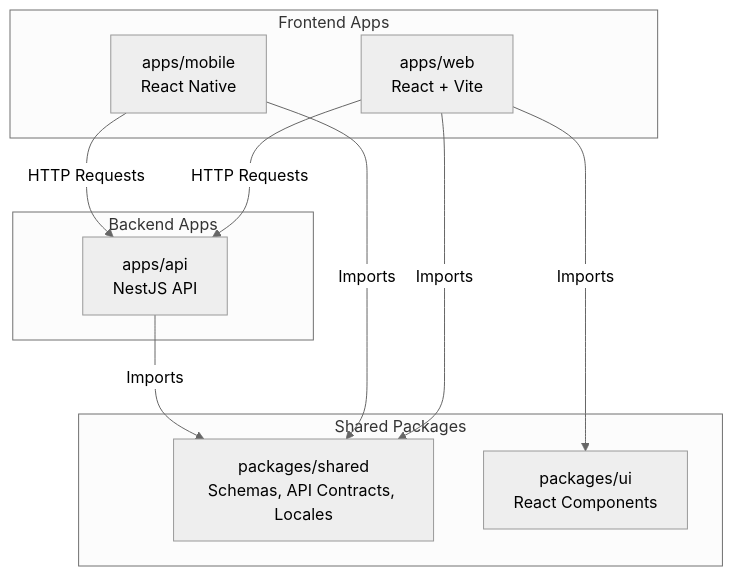
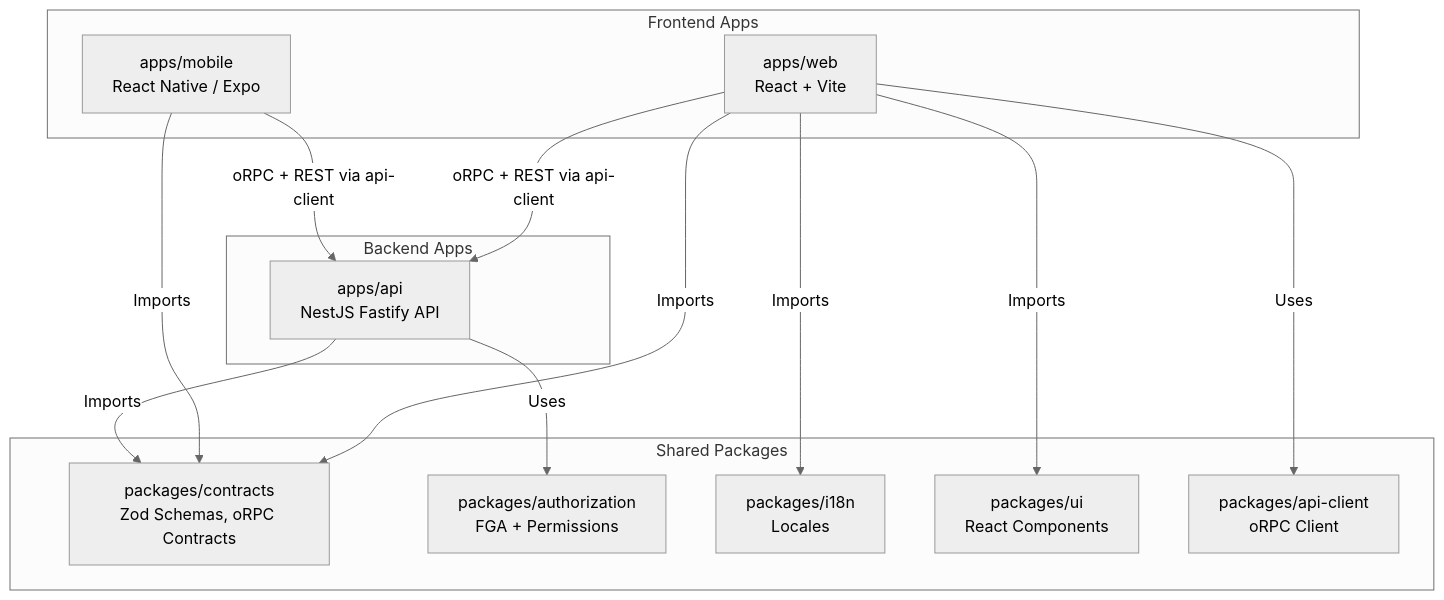
The first of 2 diagrams in ARCHITECTURE_DEEP_DIVE.md (ihssmaheel-dev/modular-monolith-architecture), drawn with Mermaid (neutral theme) before and after one commit. The commit also changed other lines of this file and 13 other files, not shown here.

First line of the commit message:
fix(architecture): harden tenancy isolation, validation and quality gates

````diff
--- a/ARCHITECTURE_DEEP_DIVE.md
+++ b/ARCHITECTURE_DEEP_DIVE.md
@@ -16,24 +16,30 @@
 ```mermaid
 graph TD
     subgraph Frontend Apps
         W[apps/web<br>React + Vite]
-        M[apps/mobile<br>React Native]
+        M[apps/mobile<br>React Native / Expo]
     end
 
     subgraph Backend Apps
-        A[apps/api<br>NestJS API]
+        A[apps/api<br>NestJS Fastify API]
     end
 
     subgraph Shared Packages
-        S[packages/shared<br>Schemas, API Contracts, Locales]
+        S[packages/contracts<br>Zod Schemas, oRPC Contracts]
+        AuthZ[packages/authorization<br>FGA + Permissions]
+        I18N[packages/i18n<br>Locales]
         UI[packages/ui<br>React Components]
+        Client[packages/api-client<br>oRPC Client]
     end
 
     W -->|Imports| S
     W -->|Imports| UI
+    W -->|Imports| I18N
+    W -->|Uses| Client
     M -->|Imports| S
     A -->|Imports| S
+    A -->|Uses| AuthZ
 
-    W -->|HTTP Requests| A
-    M -->|HTTP Requests| A
+    W -->|oRPC + REST via api-client| A
+    M -->|oRPC + REST via api-client| A
 ```
````
